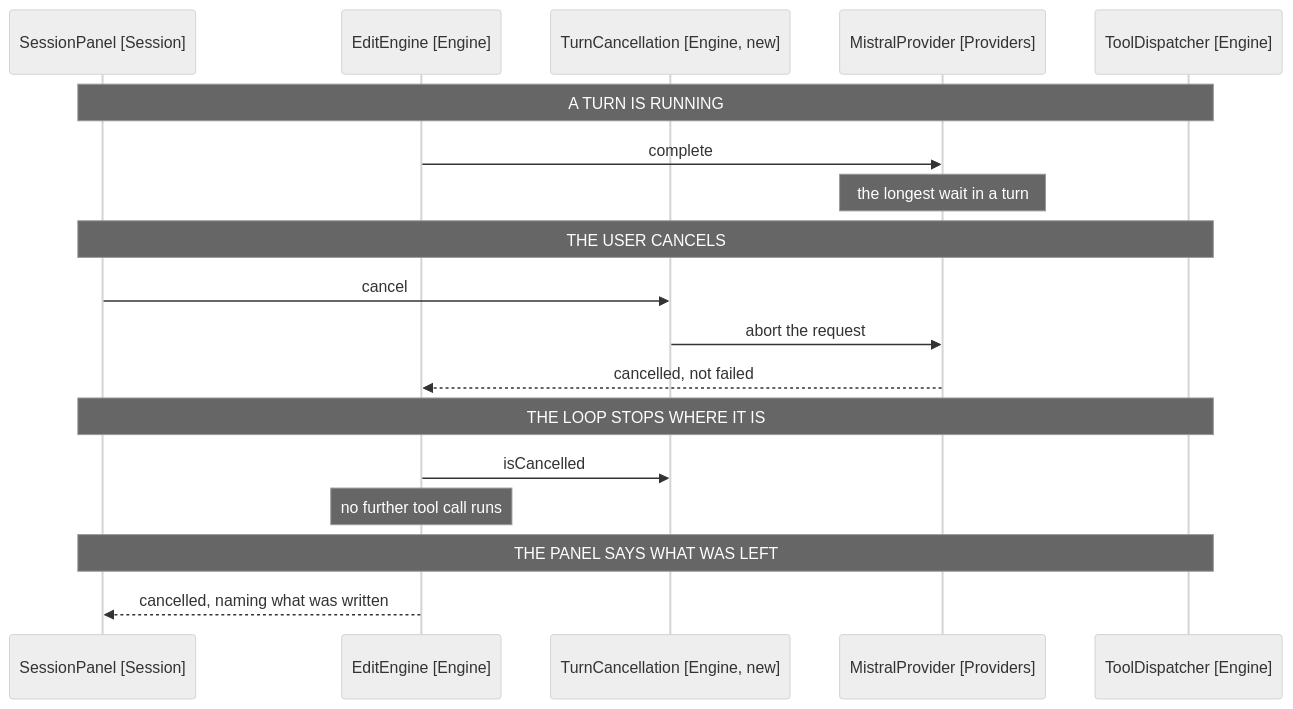
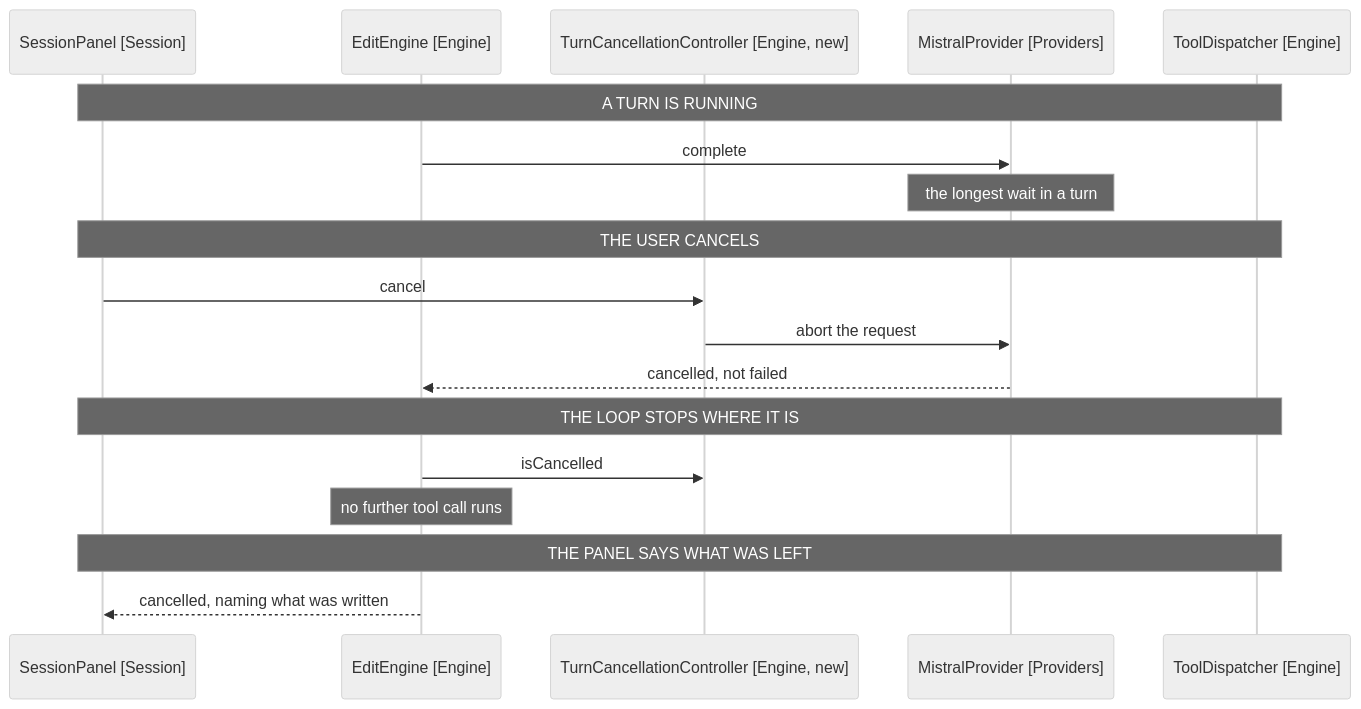
The second of 2 diagrams in docs/spec/8-cancelling-a-turn/3-component-design.md (iparips/obsidian-owl), drawn with Mermaid (neutral theme) before and after one commit. The commit also changed other lines of this file and 49 other files, not shown here.

````diff
--- a/docs/spec/8-cancelling-a-turn/3-component-design.md
+++ b/docs/spec/8-cancelling-a-turn/3-component-design.md
@@ -85,24 +85,24 @@
 ```mermaid
 sequenceDiagram
     participant Panel as SessionPanel [Session]
     participant Engine as EditEngine [Engine]
-    participant Cancellation as TurnCancellation [Engine, new]
+    participant Cancellation as TurnCancellationController [Engine, new]
     participant Provider as MistralProvider [Providers]
     participant Dispatcher as ToolDispatcher [Engine]
 
     Note over Panel,Dispatcher: A TURN IS RUNNING
     Engine->>Provider: complete
     Note over Provider: the longest wait in a turn
 
     Note over Panel,Dispatcher: THE USER CANCELS
     Panel->>Cancellation: cancel
     Cancellation->>Provider: abort the request
     Provider-->>Engine: cancelled, not failed
 
     Note over Panel,Dispatcher: THE LOOP STOPS WHERE IT IS
     Engine->>Cancellation: isCancelled
     Note over Engine: no further tool call runs
 
     Note over Panel,Dispatcher: THE PANEL SAYS WHAT WAS LEFT
     Engine-->>Panel: cancelled, naming what was written
 ```
````
